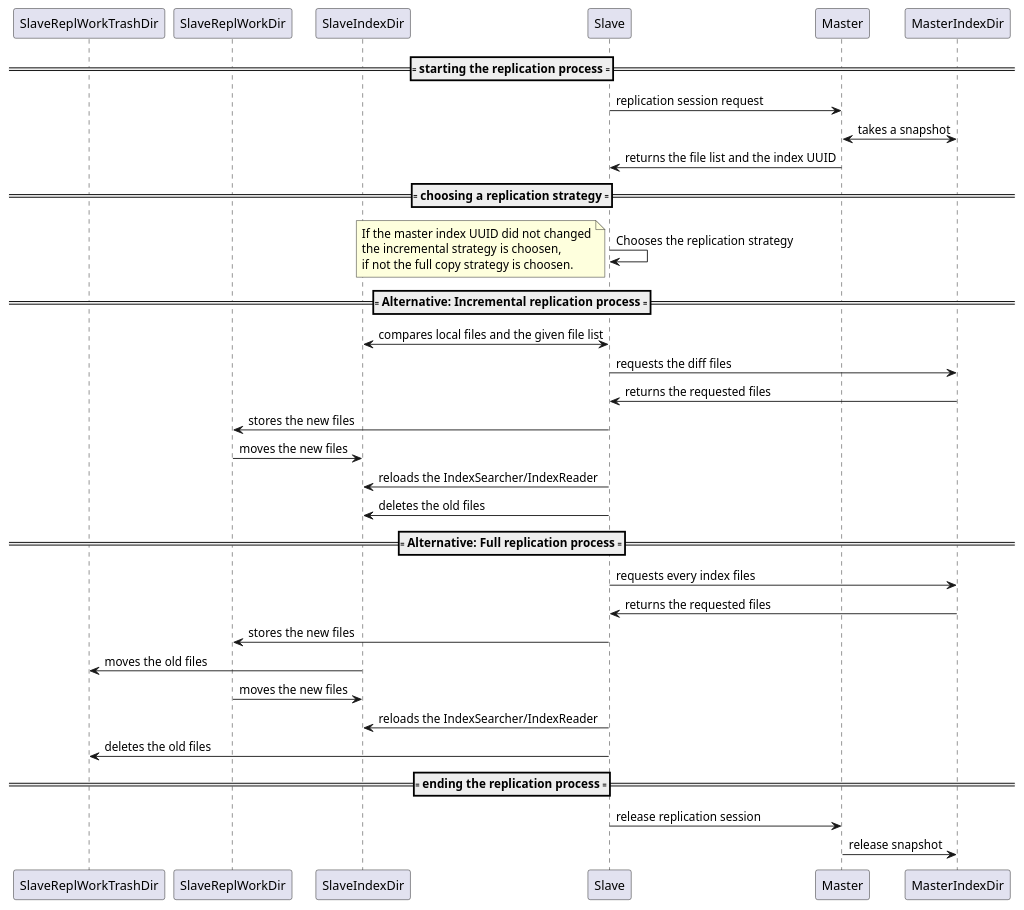
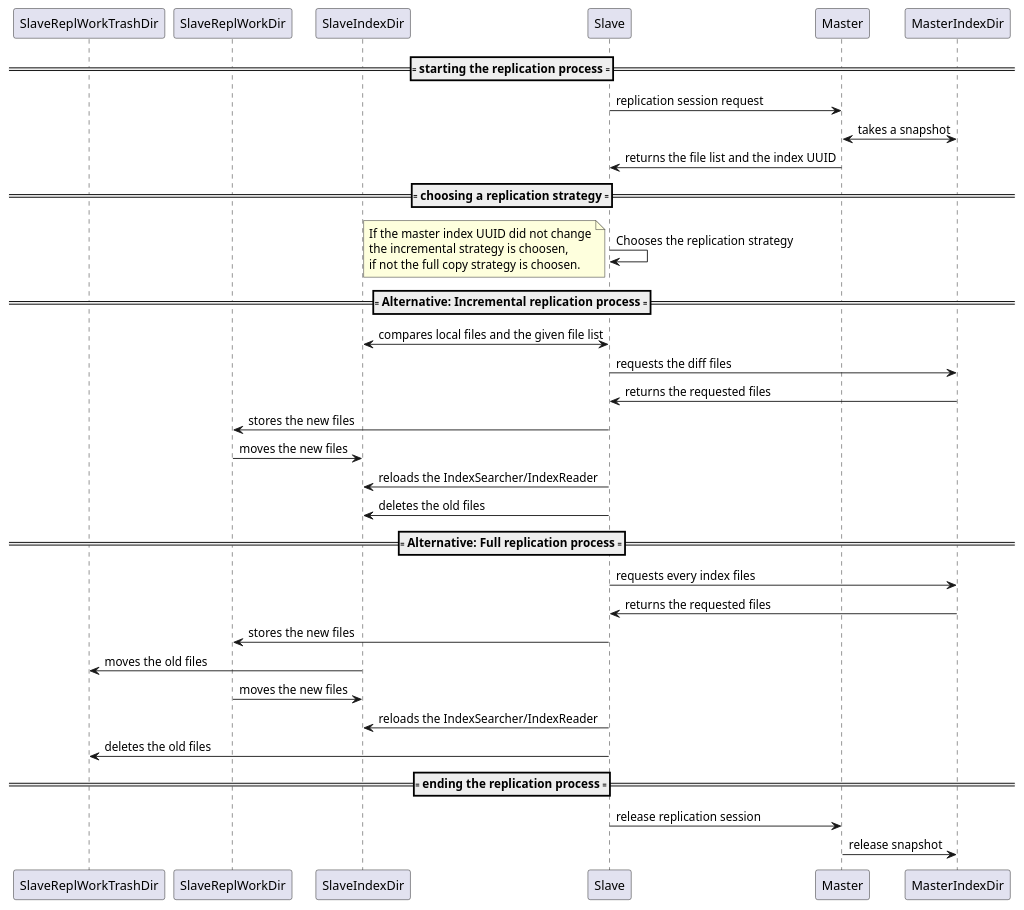
Before and after one commit to qwazr/search: the diagram in src/main/asciidoc/replication-sequence.adoc, drawn with PlantUML. The commit also changed 82 other files, not shown here.

```diff
--- a/src/main/asciidoc/replication-sequence.adoc
+++ b/src/main/asciidoc/replication-sequence.adoc
@@ -1,44 +1,44 @@
 [plantuml,replication-sequence, svg]
 ....
 participant SlaveReplWorkTrashDir
 participant SlaveReplWorkDir
 participant SlaveIndexDir
 participant Slave
 participant Master
 participant MasterIndexDir
 
 ==== starting the replication process ====
 Slave->Master : replication session request
 Master<->MasterIndexDir : takes a snapshot
 Master->Slave : returns the file list and the index UUID
 
 ==== choosing a replication strategy ====
 Slave->Slave : Chooses the replication strategy
 note left
-  If the master index UUID did not changed
+  If the master index UUID did not change
   the incremental strategy is choosen,
   if not the full copy strategy is choosen.
 end note
 
 ==== Alternative: Incremental replication process ====
 Slave<->SlaveIndexDir : compares local files and the given file list
 Slave->MasterIndexDir : requests the diff files
 MasterIndexDir->Slave : returns the requested files
 Slave->SlaveReplWorkDir : stores the new files
 SlaveReplWorkDir->SlaveIndexDir : moves the new files
 Slave->SlaveIndexDir : reloads the IndexSearcher/IndexReader
 Slave->SlaveIndexDir : deletes the old files
 
 ==== Alternative: Full replication process ====
 Slave->MasterIndexDir : requests every index files
 MasterIndexDir->Slave : returns the requested files
 Slave->SlaveReplWorkDir : stores the new files
 SlaveIndexDir->SlaveReplWorkTrashDir : moves the old files
 SlaveReplWorkDir->SlaveIndexDir : moves the new files
 Slave->SlaveIndexDir : reloads the IndexSearcher/IndexReader
 Slave->SlaveReplWorkTrashDir : deletes the old files
 
 ==== ending the replication process ====
 Slave->Master : release replication session
 Master->MasterIndexDir : release snapshot
 ....
```
